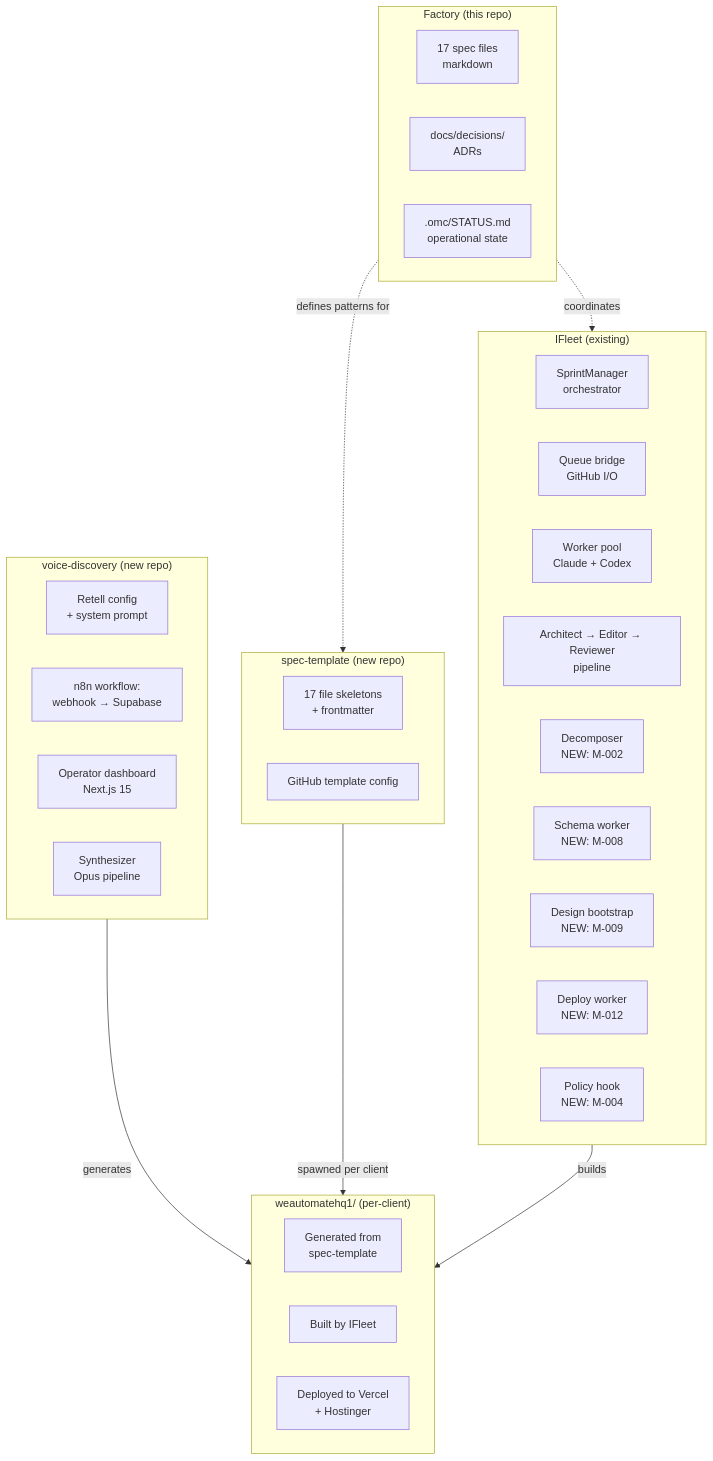
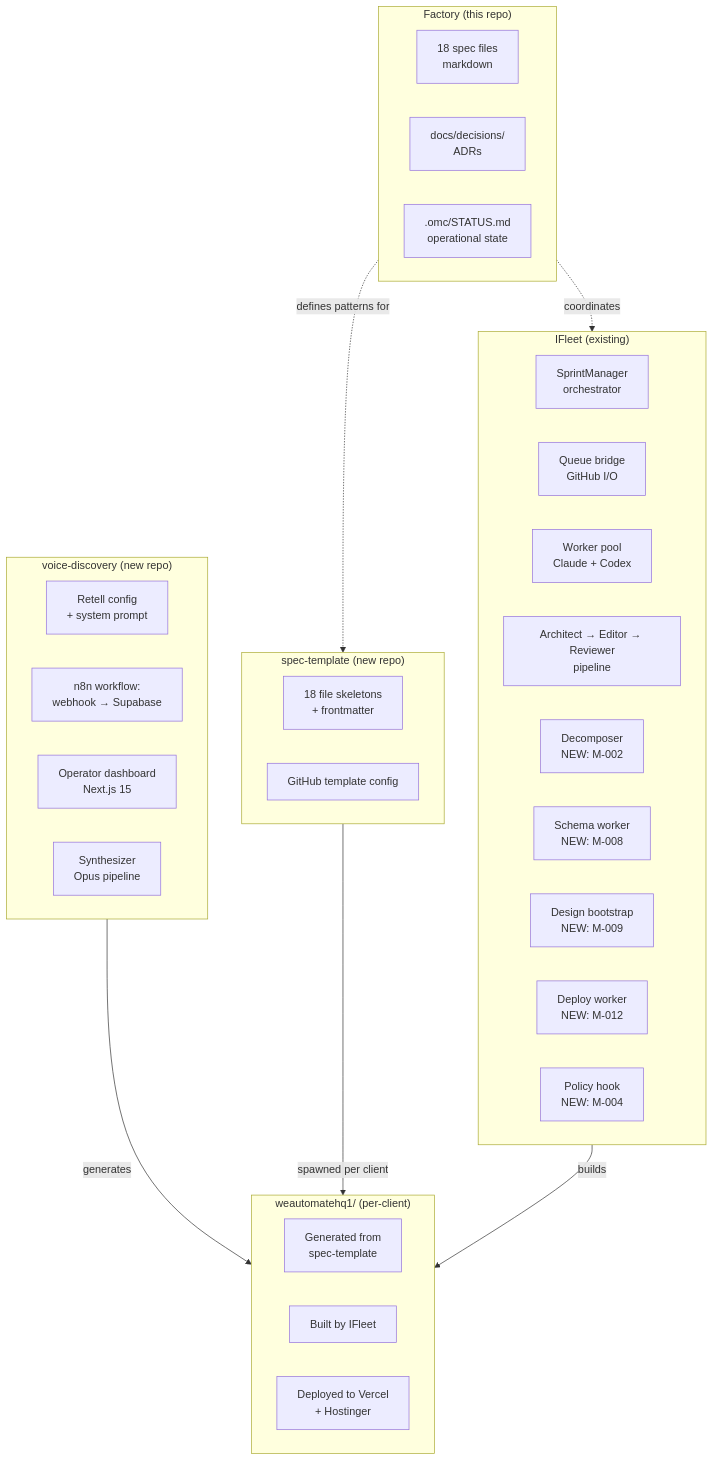
One commit to weautomatehq1/factory changed the second of 2 diagrams in ARCHITECTURE.md. Above: the diagram before and after it, drawn with Mermaid. The commit also changed other lines of this file and 7 other files, not shown here.

````diff
--- a/ARCHITECTURE.md
+++ b/ARCHITECTURE.md
@@ -61,44 +61,44 @@
 ```mermaid
 flowchart TB
     subgraph factory[" Factory (this repo) "]
-        F1[17 spec files<br/>markdown]
+        F1[18 spec files<br/>markdown]
         F2[docs/decisions/<br/>ADRs]
         F3[.omc/STATUS.md<br/>operational state]
     end
 
     subgraph voice[" voice-discovery (new repo) "]
         V1[Retell config<br/>+ system prompt]
         V2[n8n workflow:<br/>webhook → Supabase]
         V3[Operator dashboard<br/>Next.js 15]
         V4[Synthesizer<br/>Opus pipeline]
     end
 
     subgraph template[" spec-template (new repo) "]
-        T1[17 file skeletons<br/>+ frontmatter]
+        T1[18 file skeletons<br/>+ frontmatter]
         T2[GitHub template config]
     end
 
     subgraph ifleet[" IFleet (existing) "]
         I1[SprintManager<br/>orchestrator]
         I2[Queue bridge<br/>GitHub I/O]
         I3[Worker pool<br/>Claude + Codex]
         I4[Architect → Editor → Reviewer<br/>pipeline]
         I5[Decomposer<br/>NEW: M-002]
         I6[Schema worker<br/>NEW: M-008]
         I7[Design bootstrap<br/>NEW: M-009]
         I8[Deploy worker<br/>NEW: M-012]
         I9[Policy hook<br/>NEW: M-004]
     end
 
     subgraph client[" weautomatehq1/<client-name> (per-client) "]
         C1[Generated from<br/>spec-template]
         C2[Built by IFleet]
         C3[Deployed to Vercel<br/>+ Hostinger]
     end
 
     factory -.->|defines patterns for| template
     voice -->|generates| client
     template -->|spawned per client| client
     ifleet -->|builds| client
     factory -.->|coordinates| ifleet
 ```
````
